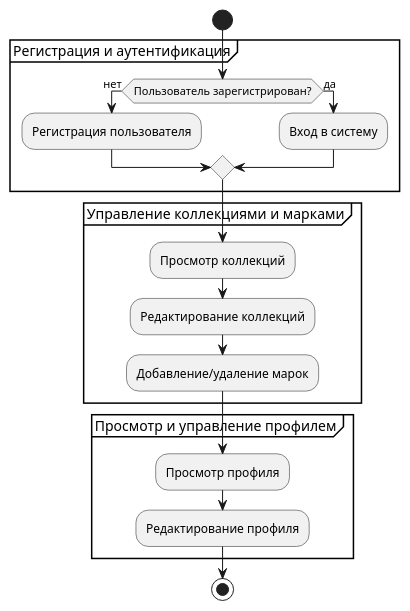
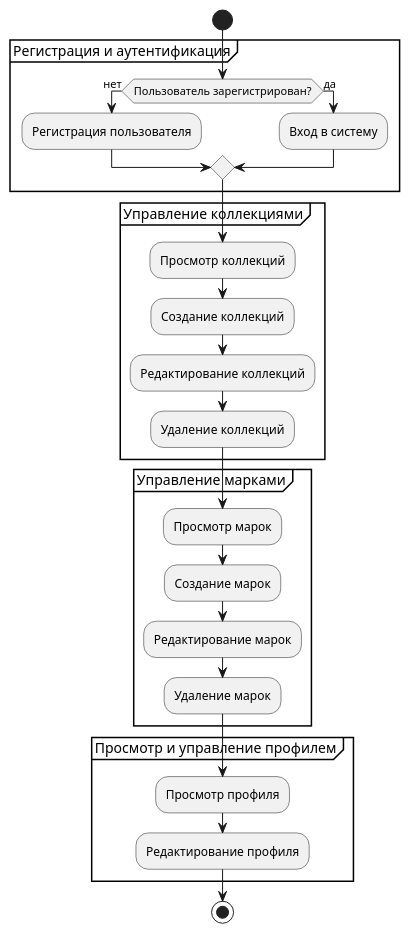
The diagram in diagrams/Диаграмма процессов Пользователь.puml (Eaglet12IQ/spo-project), drawn with PlantUML before and after one commit. The commit also changed 13 other files, not shown here.

Commit message:
`Updated ER diagrams and class models for Stamp, Collection, Collector, User, and Role entities. Removed UserCase and other diagrams. Updated frontend HTTP utility to handle token updates. Updated NotFound page to display Russian text.`

```diff
--- a/diagrams/Диаграмма процессов Пользователь.puml
+++ b/diagrams/Диаграмма процессов Пользователь.puml
@@ -1,24 +1,32 @@
 @startuml
 start
 
 partition "Регистрация и аутентификация" {
   if (Пользователь зарегистрирован?) then (нет)
     :Регистрация пользователя;
   else (да)
     :Вход в систему;
   endif
 }
 
-partition "Управление коллекциями и марками" {
+partition "Управление коллекциями" {
   :Просмотр коллекций;
+  :Создание коллекций;
   :Редактирование коллекций;
-  :Добавление/удаление марок;
+  :Удаление коллекций;
+}
+
+partition "Управление марками" {
+  :Просмотр марок;
+  :Создание марок;
+  :Редактирование марок;
+  :Удаление марок;
 }
 
 partition "Просмотр и управление профилем" {
   :Просмотр профиля;
   :Редактирование профиля;
 }
 
 stop
 @enduml
```
